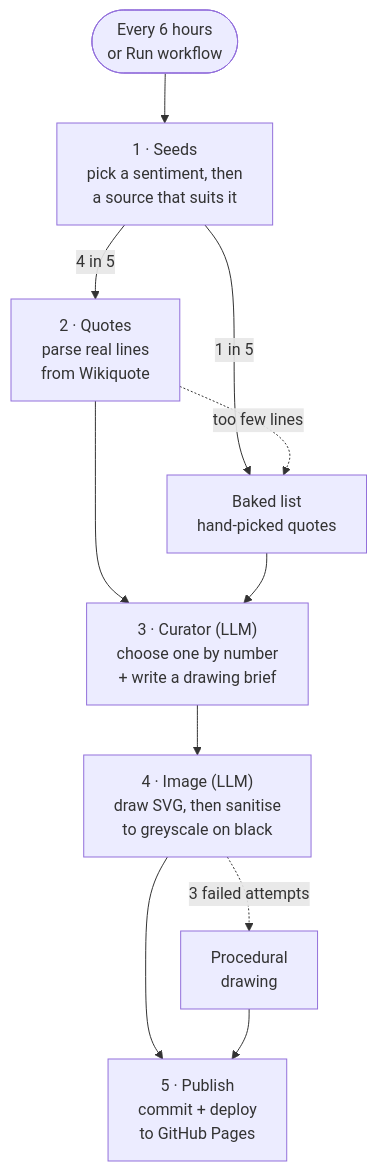
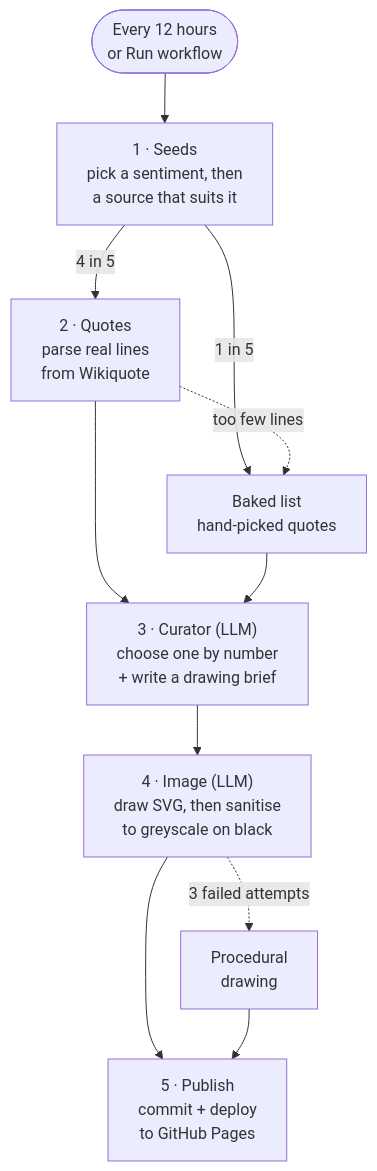
Before and after one commit to alizaliz/pithy: the diagram in README.md, drawn with Mermaid. The commit also changed other lines of this file and 3 other files, not shown here.

First line of the commit message:
Go back to an entry every 12 hours to stay within the LLM quota

````diff
--- a/README.md
+++ b/README.md
@@ -14,13 +14,13 @@
 ```mermaid
 flowchart TD
-  T(["Every 6 hours<br/>or Run workflow"]) --> S["1 · Seeds<br/>pick a sentiment, then<br/>a source that suits it"]
+  T(["Every 12 hours<br/>or Run workflow"]) --> S["1 · Seeds<br/>pick a sentiment, then<br/>a source that suits it"]
   S -->|"4 in 5"| Q["2 · Quotes<br/>parse real lines<br/>from Wikiquote"]
   S -->|"1 in 5"| B["Baked list<br/>hand-picked quotes"]
   Q -.->|"too few lines"| B
   Q --> C["3 · Curator (LLM)<br/>choose one by number<br/>+ write a drawing brief"]
   B --> C
   C --> I["4 · Image (LLM)<br/>draw SVG, then sanitise<br/>to greyscale on black"]
   I -.->|"3 failed attempts"| F["Procedural<br/>drawing"]
   I --> P["5 · Publish<br/>commit + deploy<br/>to GitHub Pages"]
   F --> P
 ```
````
